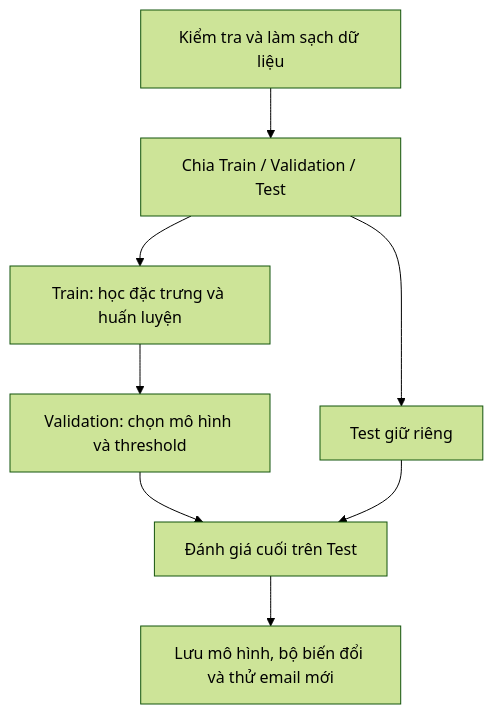
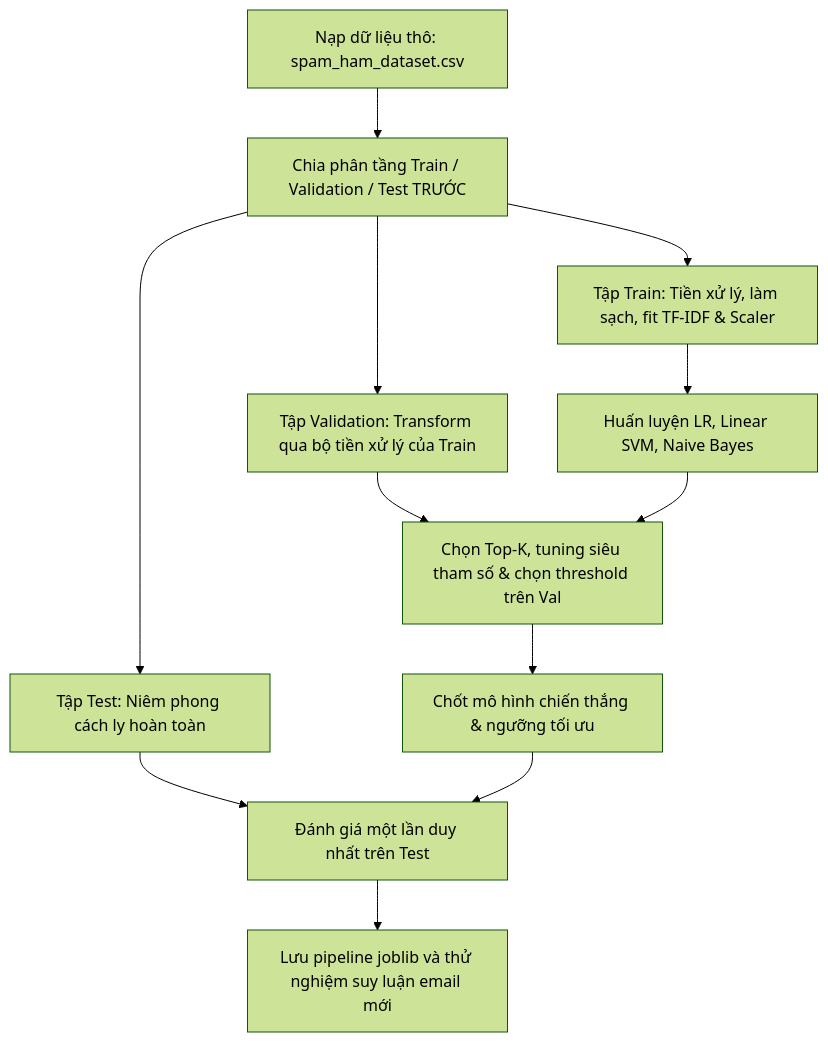
One commit to iamtien77/spam_classifier changed the diagram in docs/Algorithms/design.md. Above: the diagram before and after it, drawn with Mermaid (forest theme). The commit also changed other lines of this file and 4 other files, not shown here.

Commit message:
docs: cập nhật tài liệu thiết kế, README và xuất bản báo cáo học thuật hoàn chỉnh

````diff
--- a/docs/Algorithms/design.md
+++ b/docs/Algorithms/design.md
@@ -95,10 +96,14 @@
 ```mermaid
 flowchart TD
-    A[Kiểm tra và làm sạch dữ liệu] --> B[Chia Train / Validation / Test]
-    B --> C[Train: học đặc trưng và huấn luyện]
-    C --> D[Validation: chọn mô hình và threshold]
-    B --> E[Test giữ riêng]
-    D --> F[Đánh giá cuối trên Test]
-    E --> F
-    F --> G[Lưu mô hình, bộ biến đổi và thử email mới]
+    A[Nạp dữ liệu thô: spam_ham_dataset.csv] --> B[Chia phân tầng Train / Validation / Test TRƯỚC]
+    B --> C[Tập Train: Tiền xử lý, làm sạch, fit TF-IDF & Scaler]
+    B --> D[Tập Validation: Transform qua bộ tiền xử lý của Train]
+    B --> E[Tập Test: Niêm phong cách ly hoàn toàn]
+    C --> F[Huấn luyện LR, Linear SVM, Naive Bayes]
+    D --> G[Chọn Top-K, tuning siêu tham số & chọn threshold trên Val]
+    F --> G
+    G --> H[Chốt mô hình chiến thắng & ngưỡng tối ưu]
+    E --> I[Đánh giá một lần duy nhất trên Test]
+    H --> I
+    I --> J[Lưu pipeline joblib và thử nghiệm suy luận email mới]
 ```
````
